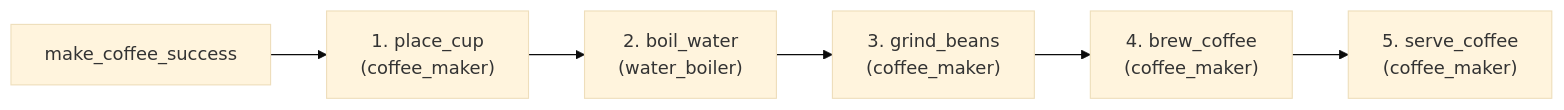
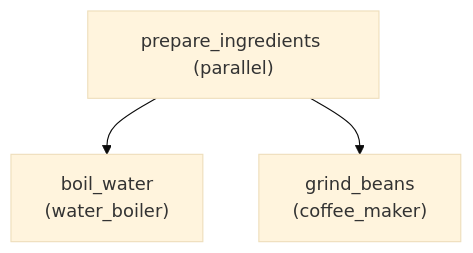
The diagram in examples/coffee-maker/README.md (NGUYENDUONG5G/jacamo), drawn with Mermaid (base theme) before and after one commit. The commit also changed other lines of this file and 11 other files, not shown here.

````diff
--- a/examples/coffee-maker/README.md
+++ b/examples/coffee-maker/README.md
@@ -13,8 +13,5 @@
 ```mermaid
-graph LR
-    G0["make_coffee_success"] --> G1["1. place_cup<br/>(coffee_maker)"]
-    G1 --> G2["2. boil_water<br/>(water_boiler)"]
-    G2 --> G3["3. grind_beans<br/>(coffee_maker)"]
-    G3 --> G4["4. brew_coffee<br/>(coffee_maker)"]
-    G4 --> G5["5. serve_coffee<br/>(coffee_maker)"]
+graph TD
+    G0["prepare_ingredients (parallel)"] --> G1["boil_water<br/>(water_boiler)"]
+    G0 --> G2["grind_beans<br/>(coffee_maker)"]
 ```
````
